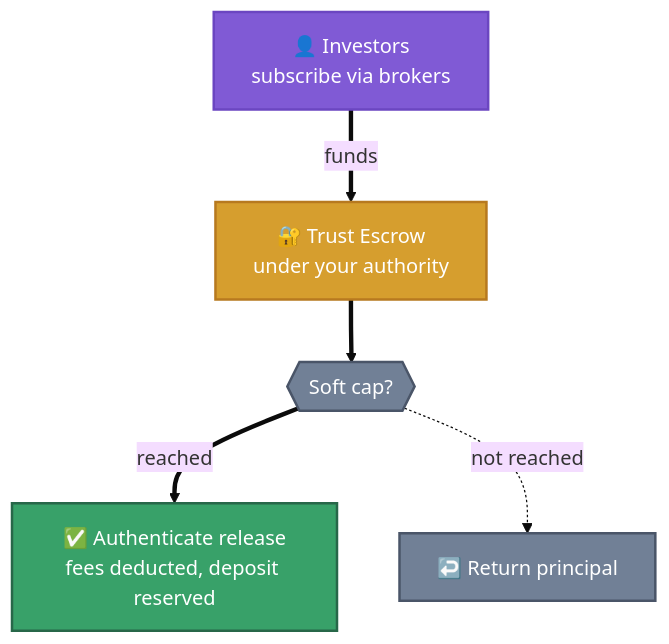
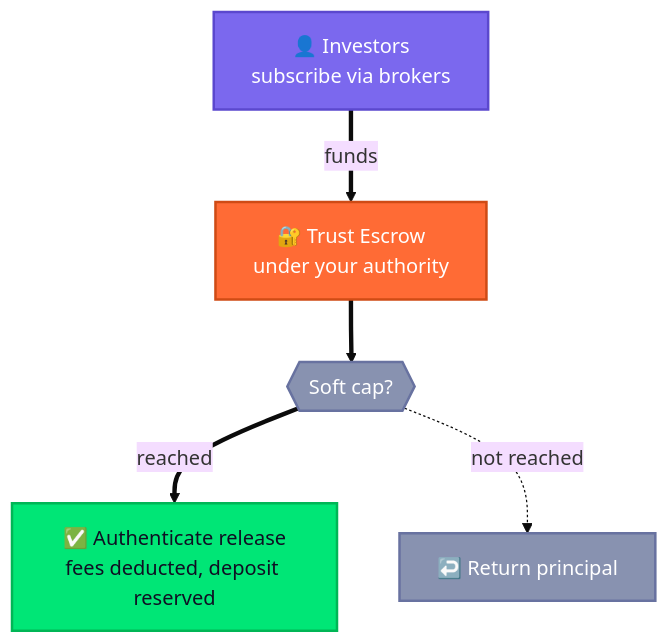
One commit to hrbrlife/sailsto_website changed diagram 13 of 16 in hugo-site/content/players.md. Above: the diagram before and after it, drawn with Mermaid (base theme). The commit also changed other lines of this file and 9 other files, not shown here.

```diff
--- a/hugo-site/content/players.md
+++ b/hugo-site/content/players.md
@@ -589,17 +589,17 @@
         <div class="mermaid">
         flowchart TD
             INV["👤 Investors&lt;br/&gt;subscribe via brokers"]
             ESC["🔐 Trust Escrow&lt;br/&gt;under your authority"]
             CAP{{"Soft cap?"}}
             REL["✅ Authenticate release&lt;br/&gt;fees deducted, deposit reserved"]
             RET["↩️ Return principal"]
             INV ==>|"funds"| ESC
             ESC ==> CAP
             CAP ==>|"reached"| REL
             CAP -.->|"not reached"| RET
-            style INV fill:#805ad5,color:#fff,stroke:#6b46c1,stroke-width:2px
-            style ESC fill:#d69e2e,color:#fff,stroke:#b7791f,stroke-width:2px
-            style CAP fill:#718096,color:#fff,stroke:#4a5568,stroke-width:2px
-            style REL fill:#38a169,color:#fff,stroke:#276749,stroke-width:2px
-            style RET fill:#718096,color:#fff,stroke:#4a5568,stroke-width:2px
+            style INV fill:#7B68EE,color:#fff,stroke:#5B48CE,stroke-width:2px
+            style ESC fill:#FF6B35,color:#fff,stroke:#CF4B15,stroke-width:2px
+            style CAP fill:#8892B0,color:#fff,stroke:#6872A0,stroke-width:2px
+            style REL fill:#00E676,color:#0F0F23,stroke:#00B656,stroke-width:2px
+            style RET fill:#8892B0,color:#fff,stroke:#6872A0,stroke-width:2px
         </div>
```
